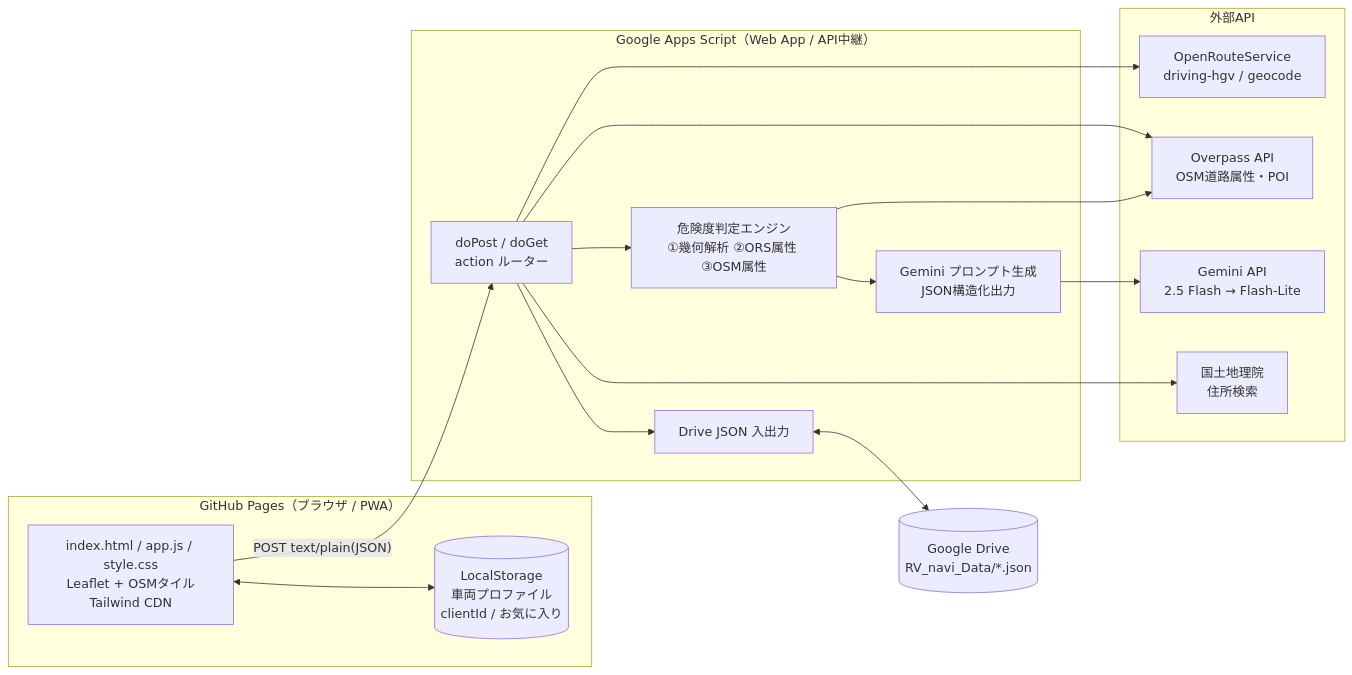
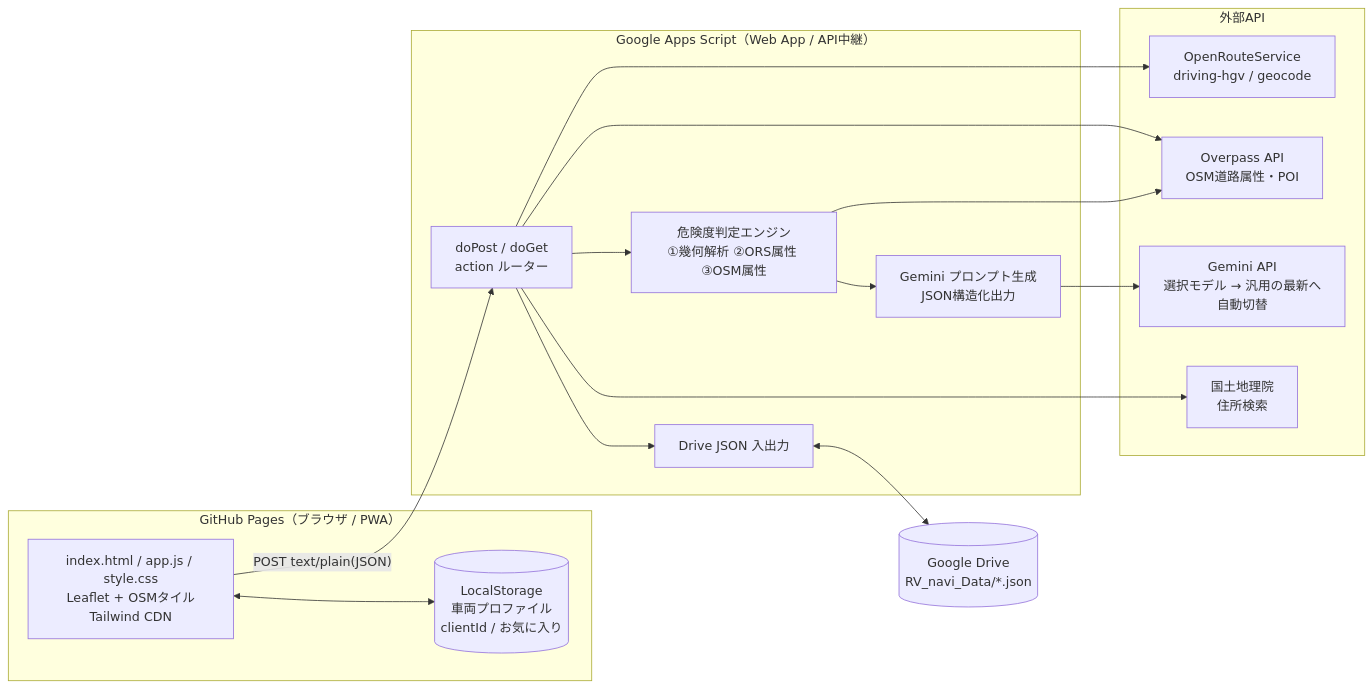
Before and after one commit to kenken6291/RV_navi: the first of 2 diagrams in ARCHITECTURE.md, drawn with Mermaid. The commit also changed other lines of this file and 5 other files, not shown here.

````diff
--- a/ARCHITECTURE.md
+++ b/ARCHITECTURE.md
@@ -10,34 +10,34 @@
 ```mermaid
 flowchart LR
   subgraph Client["GitHub Pages（ブラウザ / PWA）"]
     UI["index.html / app.js / style.css<br>Leaflet + OSMタイル<br>Tailwind CDN"]
     LS[("LocalStorage<br>車両プロファイル<br>clientId / お気に入り")]
     UI <--> LS
   end
 
   subgraph GAS["Google Apps Script（Web App / API中継）"]
     API["doPost / doGet<br>action ルーター"]
     RISK["危険度判定エンジン<br>①幾何解析 ②ORS属性 ③OSM属性"]
     AI["Gemini プロンプト生成<br>JSON構造化出力"]
     STORE["Drive JSON 入出力"]
     API --> RISK --> AI
     API --> STORE
   end
 
   subgraph Ext["外部API"]
     ORS["OpenRouteService<br>driving-hgv / geocode"]
     OVP["Overpass API<br>OSM道路属性・POI"]
-    GEM["Gemini API<br>2.5 Flash → Flash-Lite"]
+    GEM["Gemini API<br>選択モデル → 汎用の最新へ自動切替"]
     GSI["国土地理院<br>住所検索"]
   end
 
   DRV[("Google Drive<br>RV_navi_Data/*.json")]
 
   UI -- "POST text/plain(JSON)" --> API
   API --> ORS
   RISK --> OVP
   API --> OVP
   AI --> GEM
   API --> GSI
   STORE <--> DRV
 ```
````
